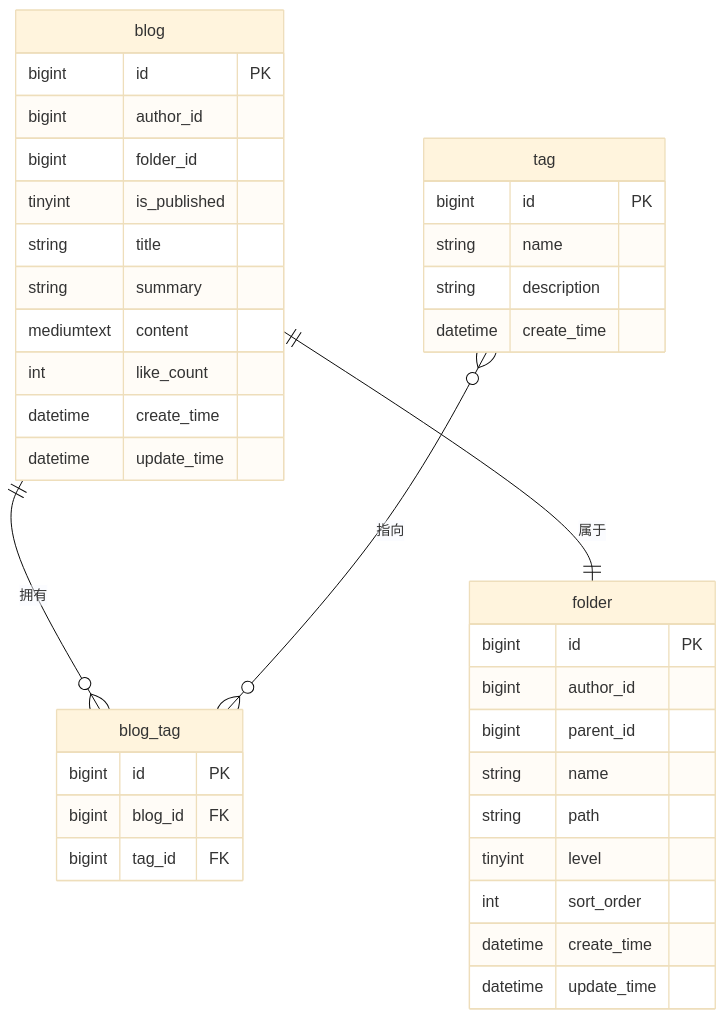
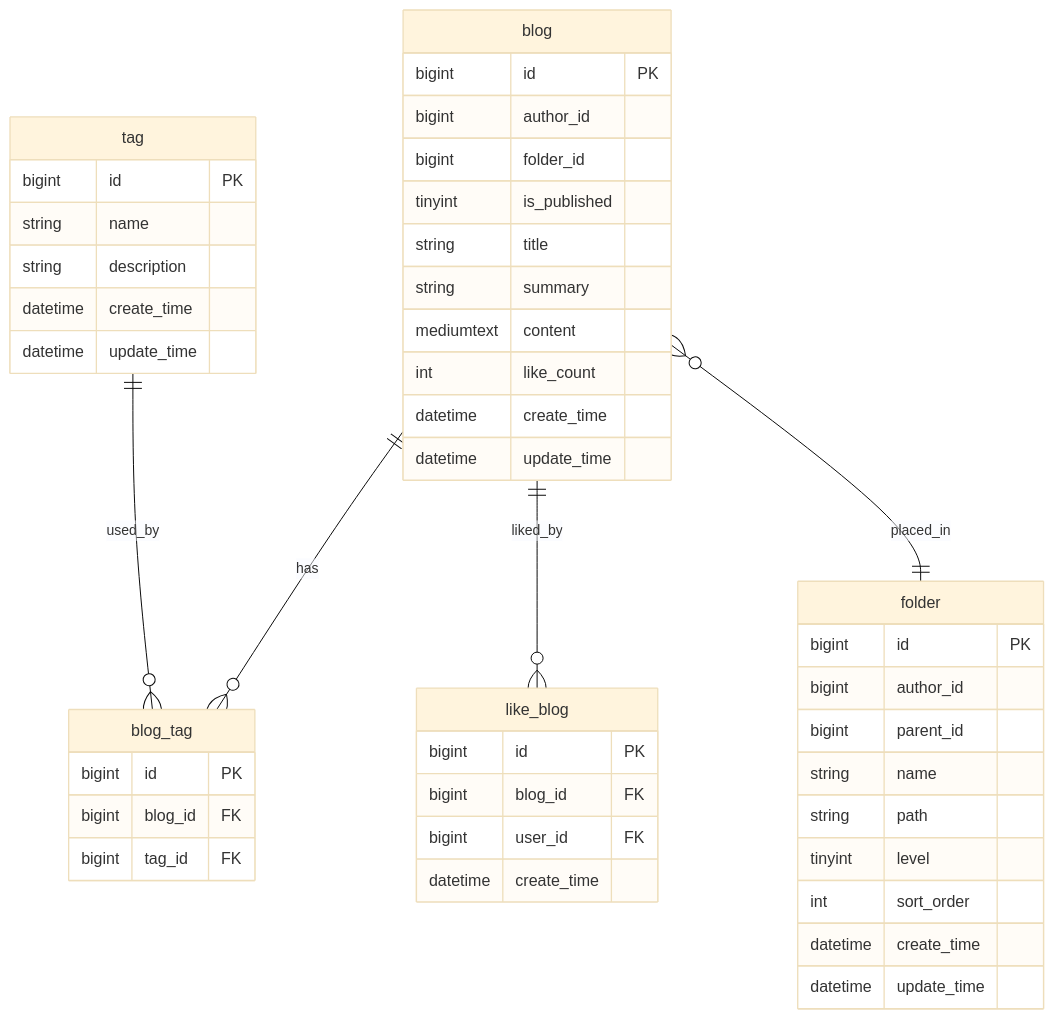
Before and after one commit to Nobeta-Work/faramita-bbs: the second of 2 diagrams in docs/v0.3.0/FRMT BBS v0.3.0 PRD.md, drawn with Mermaid (base theme). The commit also changed other lines of this file and 5 other files, not shown here.

````diff
--- a/docs/v0.3.0/FRMT BBS v0.3.0 PRD.md
+++ b/docs/v0.3.0/FRMT BBS v0.3.0 PRD.md
@@ -138,40 +143,49 @@
 ```mermaid
 erDiagram
     blog {
         bigint id PK
         bigint author_id
         bigint folder_id
         tinyint is_published
         string title
         string summary
         mediumtext content
         int like_count
         datetime create_time
         datetime update_time
     }
     folder {
         bigint id PK
         bigint author_id
         bigint parent_id
         string name
         string path
         tinyint level
         int sort_order
         datetime create_time
         datetime update_time
     }
     tag {
         bigint id PK
         string name
         string description
         datetime create_time
+        datetime update_time
     }
     blog_tag {
         bigint id PK
         bigint blog_id FK
         bigint tag_id FK
     }
-    blog ||--o{ blog_tag : 拥有
-    tag }o--o{ blog_tag : 指向
-    blog ||--|| folder : 属于
+    like_blog {
+        bigint id PK
+        bigint blog_id FK
+        bigint user_id FK
+        datetime create_time
+    }
+
+    blog ||--o{ blog_tag : has
+    tag ||--o{ blog_tag : used_by
+    blog ||--o{ like_blog : liked_by
+    blog }o--|| folder : placed_in
 ```
````
